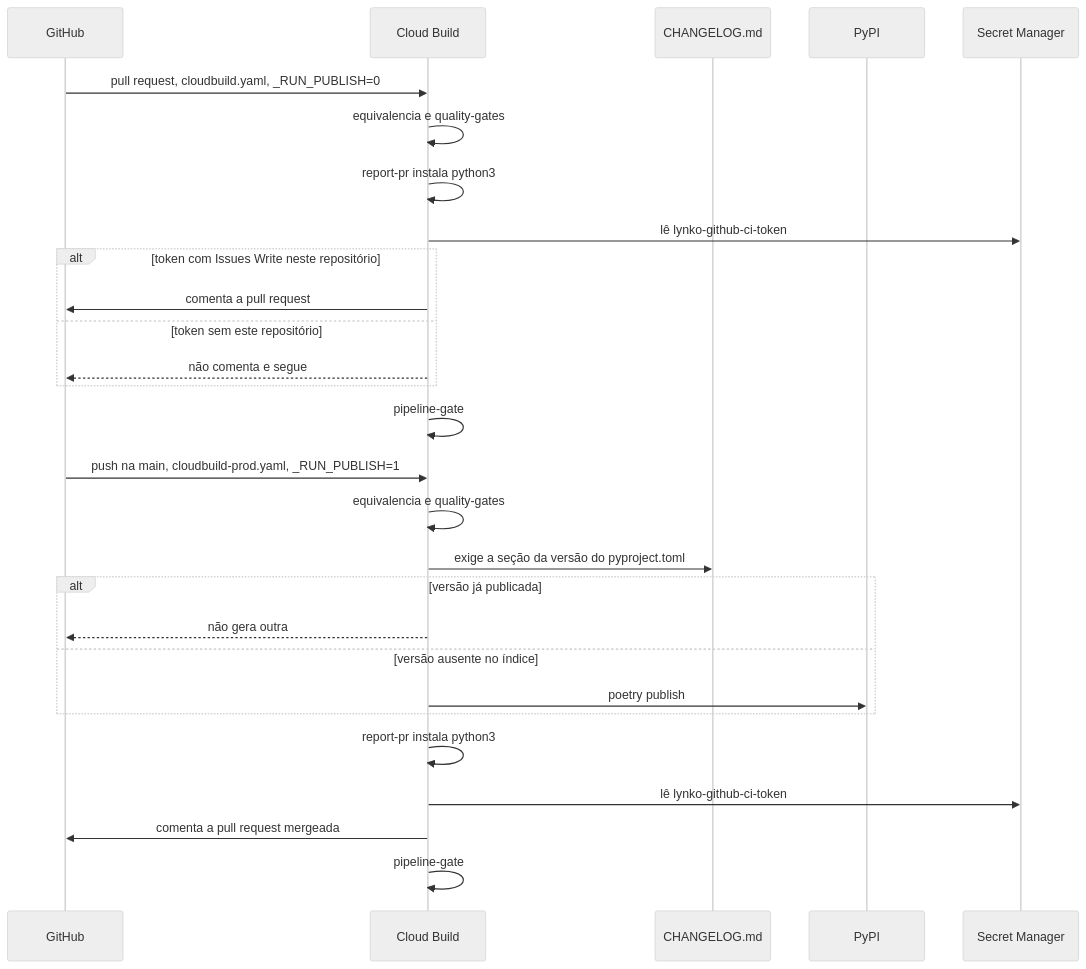
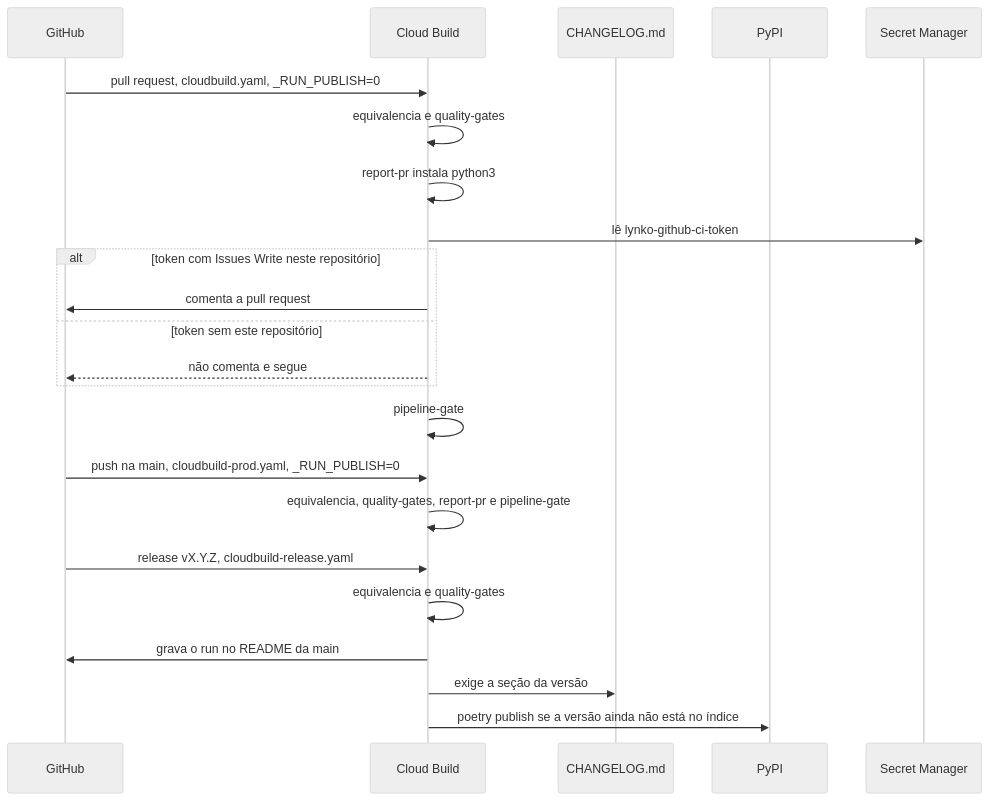
One commit to garusocruz/calculadora-rtc-simples-nacional changed the second of 3 diagrams in docs/publicacao-flow.md. Above: the diagram before and after it, drawn with Mermaid (neutral theme). The commit also changed other lines of this file and 11 other files, not shown here.

````diff
--- a/docs/publicacao-flow.md
+++ b/docs/publicacao-flow.md
@@ -28,30 +28,25 @@
 ```mermaid
 sequenceDiagram
   participant GH as GitHub
   participant CB as Cloud Build
   participant CL as CHANGELOG.md
   participant Py as PyPI
   participant SM as Secret Manager
   GH->>CB: pull request, cloudbuild.yaml, _RUN_PUBLISH=0
   CB->>CB: equivalencia e quality-gates
   CB->>CB: report-pr instala python3
   CB->>SM: lê lynko-github-ci-token
   alt token com Issues Write neste repositório
     CB->>GH: comenta a pull request
   else token sem este repositório
     CB-->>GH: não comenta e segue
   end
   CB->>CB: pipeline-gate
-  GH->>CB: push na main, cloudbuild-prod.yaml, _RUN_PUBLISH=1
+  GH->>CB: push na main, cloudbuild-prod.yaml, _RUN_PUBLISH=0
+  CB->>CB: equivalencia, quality-gates, report-pr e pipeline-gate
+  GH->>CB: release vX.Y.Z, cloudbuild-release.yaml
   CB->>CB: equivalencia e quality-gates
-  CB->>CL: exige a seção da versão do pyproject.toml
-  alt versão já publicada
-    CB-->>GH: não gera outra
-  else versão ausente no índice
-    CB->>Py: poetry publish
-  end
-  CB->>CB: report-pr instala python3
-  CB->>SM: lê lynko-github-ci-token
-  CB->>GH: comenta a pull request mergeada
-  CB->>CB: pipeline-gate
+  CB->>GH: grava o run no README da main
+  CB->>CL: exige a seção da versão
+  CB->>Py: poetry publish se a versão ainda não está no índice
 ```
````
